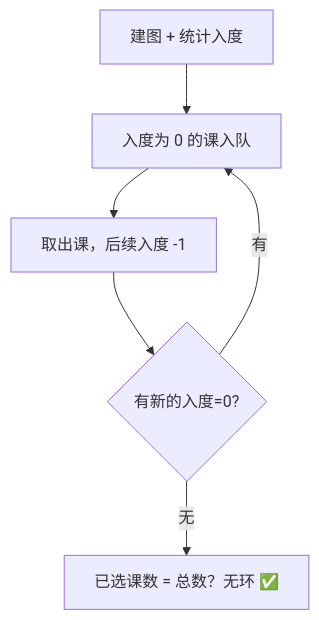
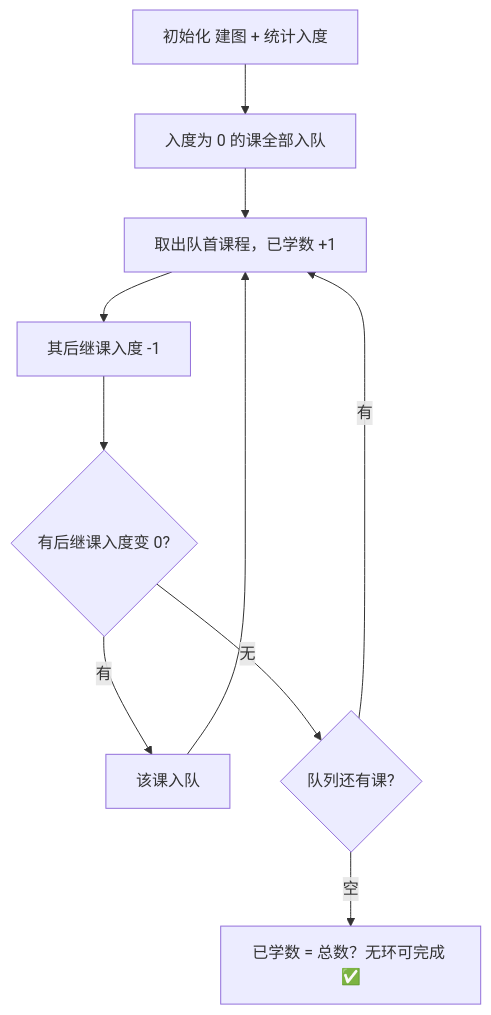
Before and after one commit to OctalZero/hot100-py: the first of 2 diagrams in 10-图论/0207-课程表.md, drawn with Mermaid. The commit also changed other lines of this file and 117 other files, not shown here.

First line of the commit message:
feat: 全题解配图升级为「动画式 mermaid」（总览骨架 + 横向时间线逐步推演）

````diff
--- a/10-图论/0207-课程表.md
+++ b/10-图论/0207-课程表.md
@@ -24,8 +24,12 @@
 ```mermaid
 flowchart TD
-    A["建图 + 统计入度"] --> B["入度为 0 的课入队"]
-    B --> C["取出课，后续入度 -1"]
-    C --> D{"有新的入度=0?"}
-    D -- "有" --> B
-    D -- "无" --> E["已选课数 = 总数？无环 ✅"]
+    A["初始化 建图 + 统计入度"] --> B["入度为 0 的课全部入队"]
+    B --> C["取出队首课程，已学数 +1"]
+    C --> D["其后继课入度 -1"]
+    D --> E{"有后继课入度变 0?"}
+    E -->|"有"| F["该课入队"]
+    F --> C
+    E -->|"无"| G{"队列还有课?"}
+    G -->|"有"| C
+    G -->|"空"| H["已学数 = 总数？无环可完成 ✅"]
 ```
````
